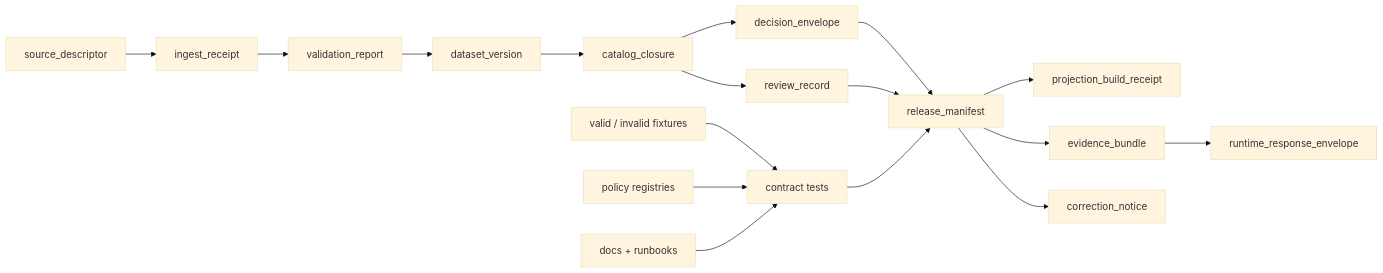
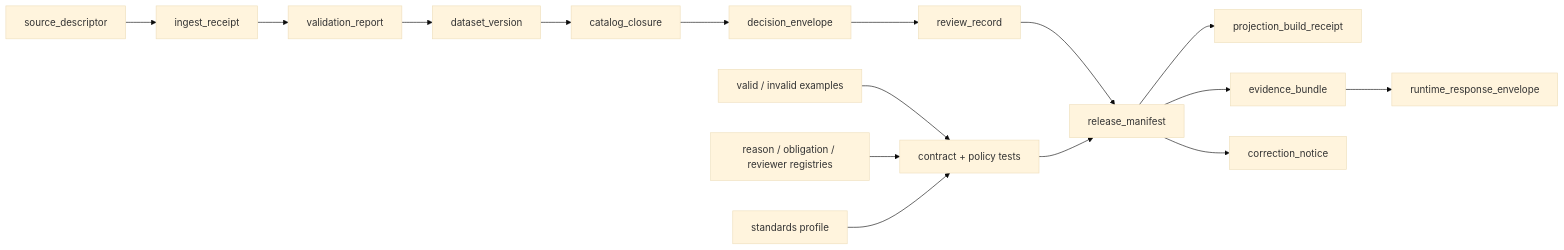
Before and after one commit to bartytime4life/Kansas-Frontier-Matrix: the diagram in schemas/README.md, drawn with Mermaid (base theme). The commit also changed other lines of this file, not shown here.

First line of the commit message:
Revise README for KFM contract schemas clarity

````diff
--- a/schemas/README.md
+++ b/schemas/README.md
@@ -203,20 +187,19 @@
 ```mermaid
 flowchart LR
-    A[source_descriptor] --> B[ingest_receipt]
-    B --> C[validation_report]
-    C --> D[dataset_version]
-    D --> E[catalog_closure]
-    E --> F[decision_envelope]
-    E --> G[review_record]
-    F --> H[release_manifest]
-    G --> H
-    H --> I[projection_build_receipt]
-    H --> J[evidence_bundle]
-    J --> K[runtime_response_envelope]
-    H --> L[correction_notice]
+    SD[source_descriptor] --> IR[ingest_receipt]
+    IR --> VR[validation_report]
+    VR --> DV[dataset_version]
+    DV --> CC[catalog_closure]
+    CC --> DE[decision_envelope]
+    DE --> RR[review_record]
+    RR --> RM[release_manifest]
+    RM --> PBR[projection_build_receipt]
+    RM --> EB[evidence_bundle]
+    EB --> RRE[runtime_response_envelope]
+    RM --> CN[correction_notice]
 
-    M[valid / invalid fixtures] --> N[contract tests]
-    O[policy registries] --> N
-    P[docs + runbooks] --> N
-    N --> H
+    EX[valid / invalid examples] --> T[contract + policy tests]
+    REG[reason / obligation / reviewer registries] --> T
+    PROF[standards profile] --> T
+    T --> RM
 ```
````
